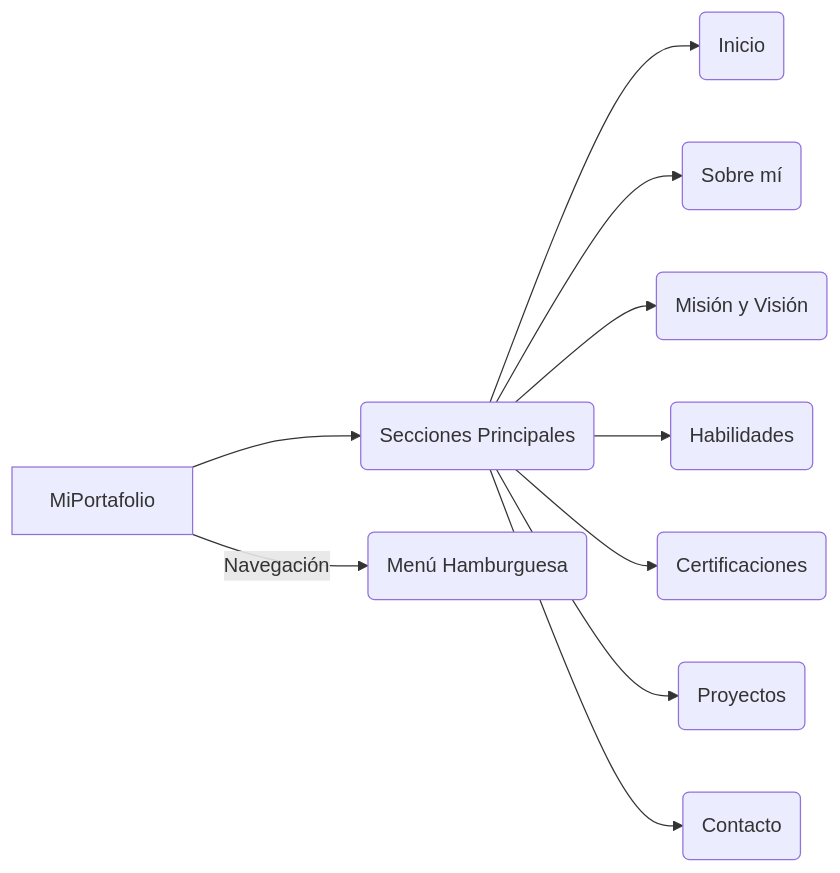
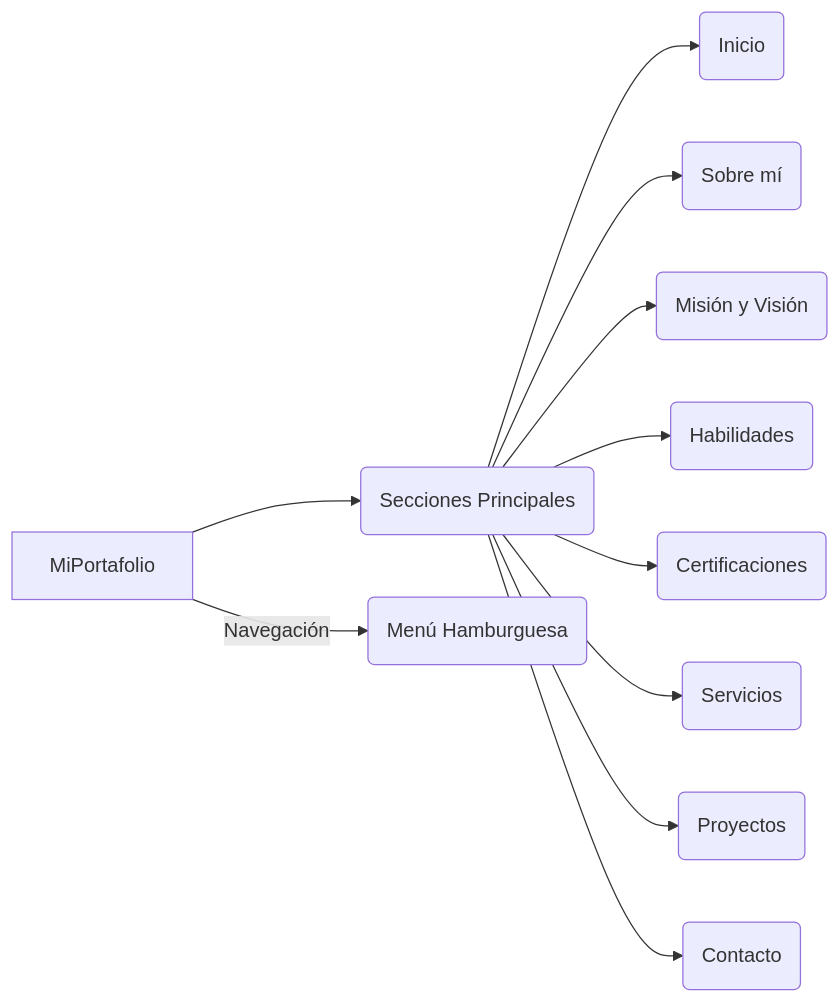
The diagram in README.md (juanconde025/Portafolio-JC), drawn with Mermaid before and after one commit. The commit also changed other lines of this file, not shown here.

Commit message:
docs: :memo: Ajustes readme
By @juanconde025

````diff
--- a/README.md
+++ b/README.md
@@ -69,12 +70,13 @@
 ```mermaid
 graph LR
 A[MiPortafolio] --> B(Secciones Principales)
 B --> C(Inicio)
 B --> D(Sobre mí)
 B --> E(Misión y Visión)
 B --> F(Habilidades)
 B --> G(Certificaciones)
-B --> H(Proyectos)
-B --> I(Contacto)
-A --Navegación--> J(Menú Hamburguesa)
+B --> H(Servicios)
+B --> I(Proyectos)
+B --> J(Contacto)
+A --Navegación--> K(Menú Hamburguesa)
 ```
````
